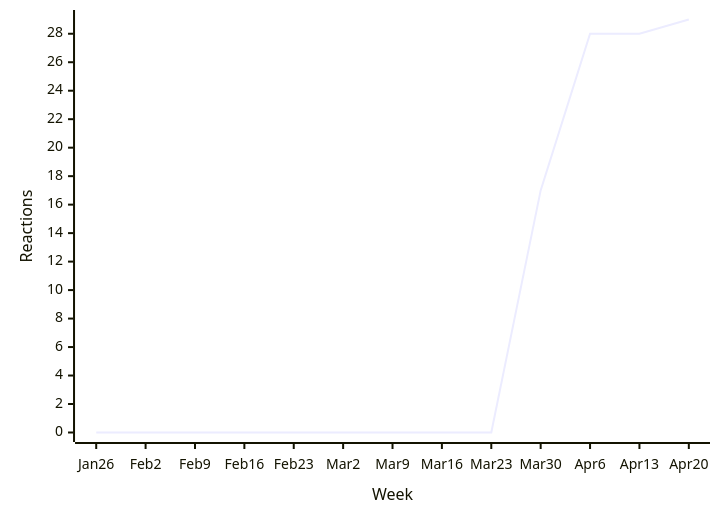
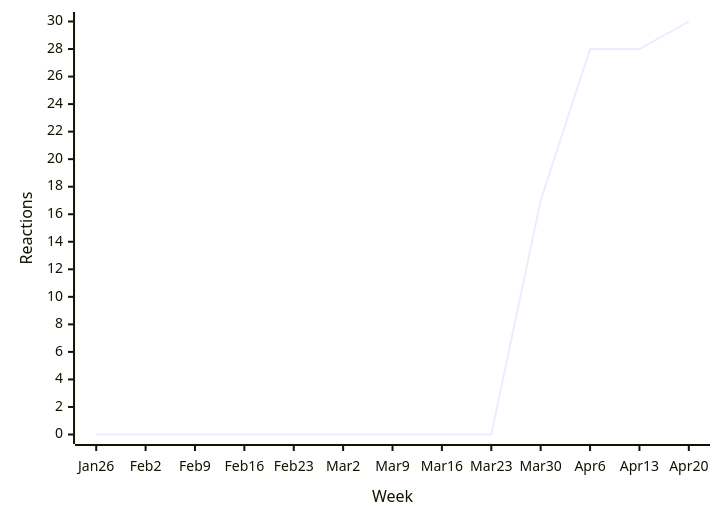
Before and after one commit to loic-sharma/github-insights: the fourth of 60 diagrams in README.md, drawn with Mermaid. The commit also changed other lines of this file and 3 other files, not shown here.

````diff
--- a/README.md
+++ b/README.md
@@ -390,6 +390,6 @@
   ```mermaid
   xychart-beta
     x-axis "Week" [Jan 26, Feb 2, Feb 9, Feb 16, Feb 23, Mar 2, Mar 9, Mar 16, Mar 23, Mar 30, Apr 6, Apr 13, Apr 20]
     y-axis "Reactions"
-    line [0, 0, 0, 0, 0, 0, 0, 0, 0, 17, 28, 28, 29]
+    line [0, 0, 0, 0, 0, 0, 0, 0, 0, 17, 28, 28, 30]
   ```
````
